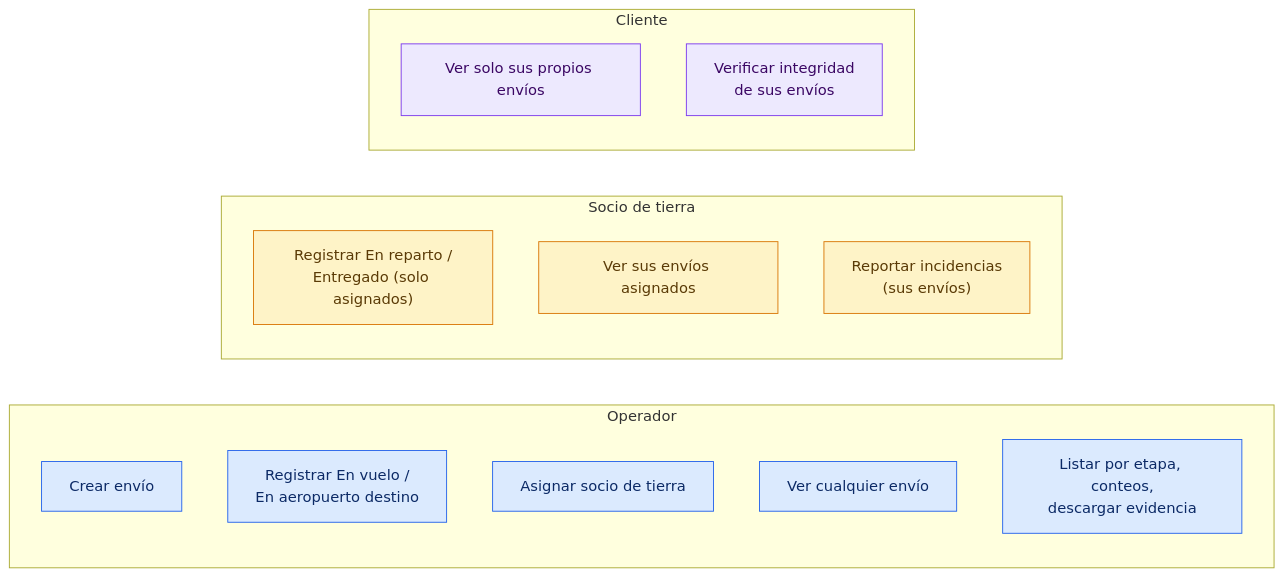
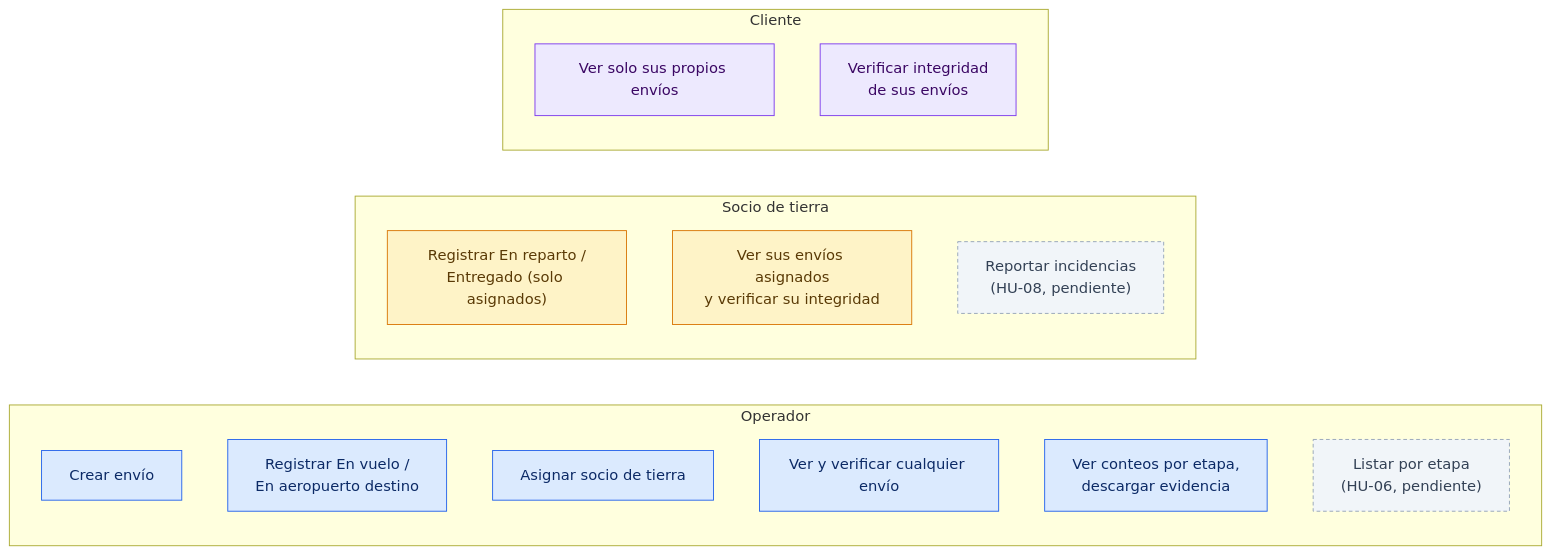
The second of 2 diagrams in docs/diagramas/01-contexto.md (JairoHGomezCastillo/hubx), drawn with Mermaid before and after one commit. The commit also changed other lines of this file and 6 other files, not shown here.

Commit message:
[agent:hubx-lead] 011 update docs/diagramas to the current state

````diff
--- a/docs/diagramas/01-contexto.md
+++ b/docs/diagramas/01-contexto.md
@@ -42,26 +51,29 @@
 ```mermaid
 flowchart LR
     subgraph OP["Operador"]
         O1["Crear envío"]
         O2["Registrar En vuelo /<br/>En aeropuerto destino"]
         O3["Asignar socio de tierra"]
-        O4["Ver cualquier envío"]
-        O5["Listar por etapa, conteos,<br/>descargar evidencia"]
+        O4["Ver y verificar cualquier envío"]
+        O5["Ver conteos por etapa,<br/>descargar evidencia"]
+        O6["Listar por etapa<br/>(HU-06, pendiente)"]
     end
     subgraph GP["Socio de tierra"]
         G1["Registrar En reparto /<br/>Entregado (solo asignados)"]
-        G2["Ver sus envíos asignados"]
-        G3["Reportar incidencias<br/>(sus envíos)"]
+        G2["Ver sus envíos asignados<br/>y verificar su integridad"]
+        G3["Reportar incidencias<br/>(HU-08, pendiente)"]
     end
     subgraph CL["Cliente"]
         C1["Ver solo sus propios envíos"]
         C2["Verificar integridad<br/>de sus envíos"]
     end
 
     classDef op fill:#dbeafe,stroke:#2563eb,color:#0c2a66;
     classDef gp fill:#fef3c7,stroke:#d97706,color:#5a3a06;
     classDef cl fill:#ede9fe,stroke:#7c3aed,color:#3b0764;
+    classDef pend fill:#f1f5f9,stroke:#94a3b8,color:#334155,stroke-dasharray:4 3;
     class O1,O2,O3,O4,O5 op;
-    class G1,G2,G3 gp;
+    class G1,G2 gp;
     class C1,C2 cl;
+    class O6,G3 pend;
 ```
````
